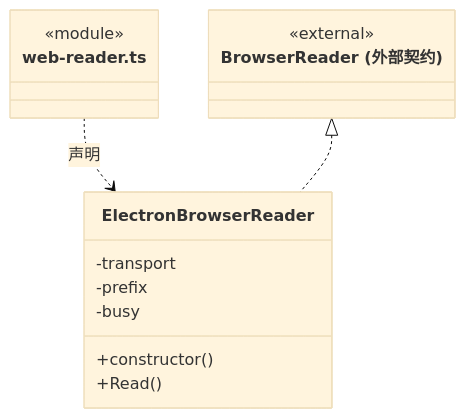
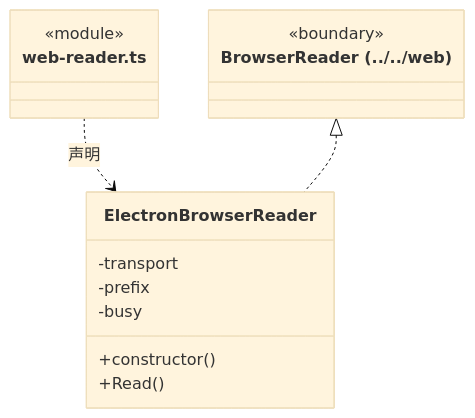
Before and after one commit to nan023062/cbim: the second of 2 diagrams in src/core/platform/electron/ARCHITECTURE.md, drawn with Mermaid (base theme). The commit also changed other lines of this file and 112 other files, not shown here.

Commit message:
docs: align source architecture with current declarations and contracts

````diff
--- a/src/core/platform/electron/ARCHITECTURE.md
+++ b/src/core/platform/electron/ARCHITECTURE.md
@@ -64,18 +64,18 @@
 ```mermaid
 classDiagram
 class N_src_core_platform_electron_web_reader_ts["web-reader.ts"] {
   <<module>>
 }
 class N_src_core_platform_electron_web_reader_ts_ElectronBrowserReader["ElectronBrowserReader"] {
   +constructor()
   +Read()
   -transport
   -prefix
   -busy
 }
 N_src_core_platform_electron_web_reader_ts ..> N_src_core_platform_electron_web_reader_ts_ElectronBrowserReader : 声明
-class N_src_core_platform_electron_web_reader_ts_external_BrowserReader["BrowserReader (外部契约)"] {
-  <<external>>
+class N_src_core_platform_electron_web_reader_ts_external_BrowserReader["BrowserReader (../../web)"] {
+  <<boundary>>
 }
 N_src_core_platform_electron_web_reader_ts_external_BrowserReader <|.. N_src_core_platform_electron_web_reader_ts_ElectronBrowserReader
 ```
````
